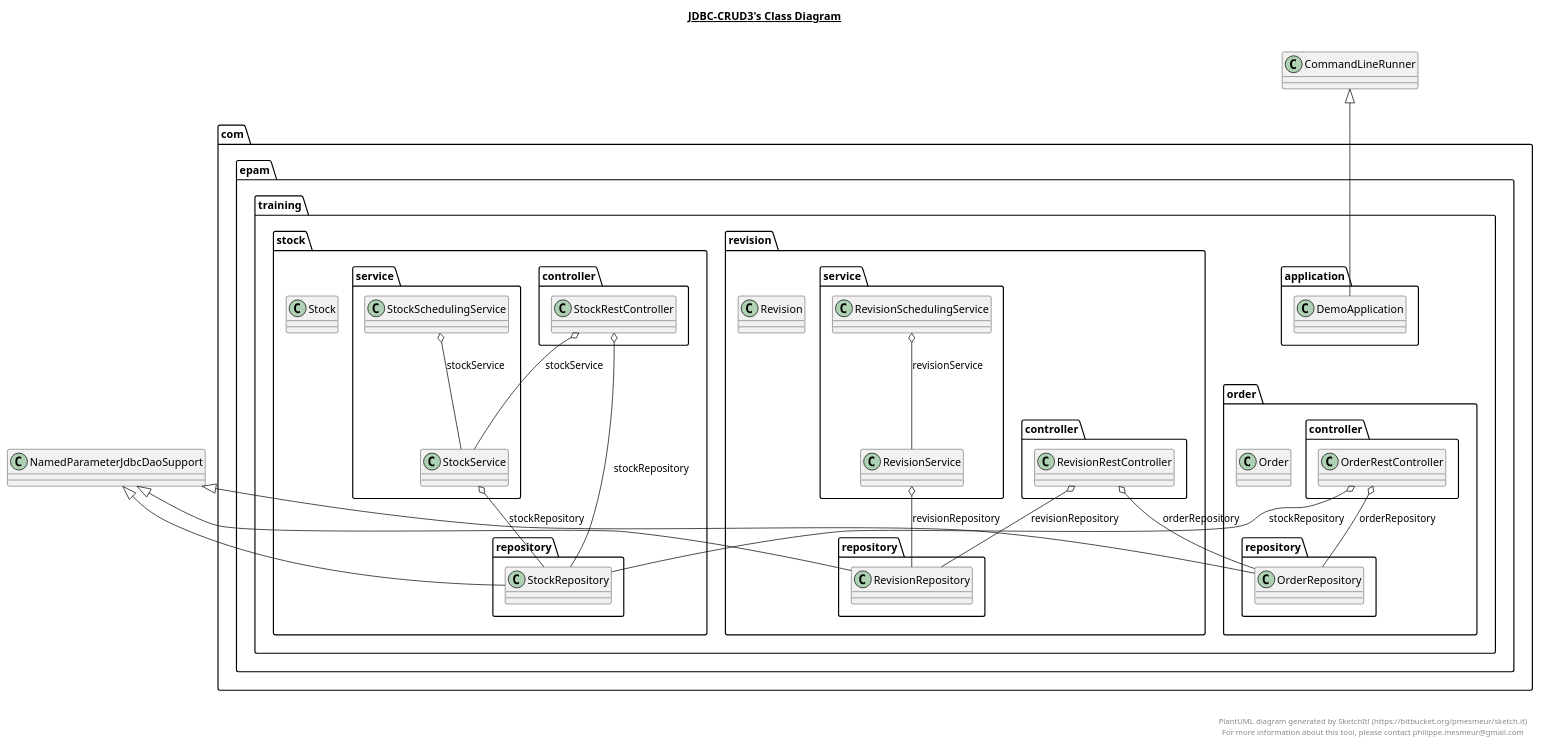
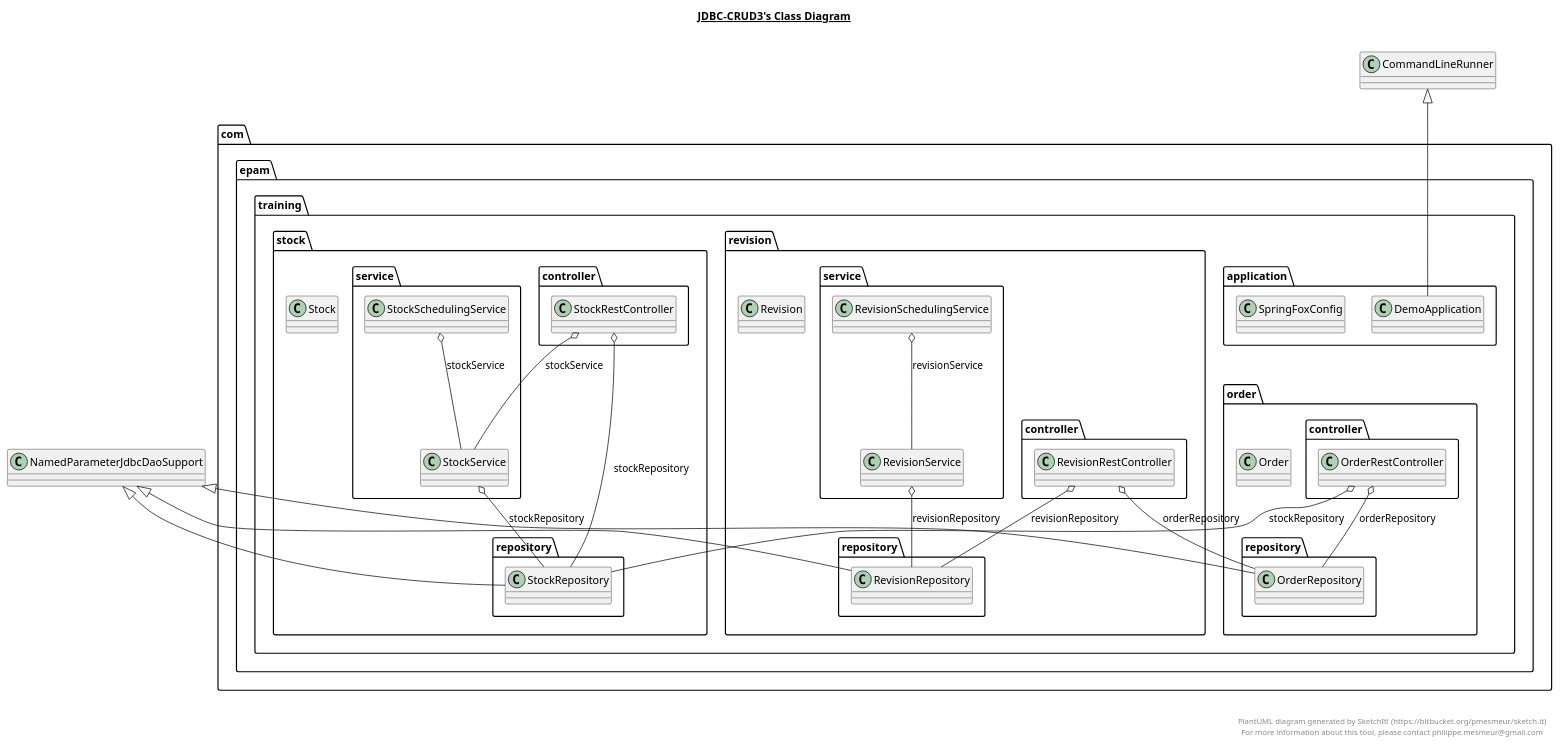
The diagram in jdbc-crud3.plantuml (nik-nenkov/tutoring-rest-api-with-java), drawn with PlantUML before and after one commit. The commit also changed 23 other files, not shown here.

Commit message:
Just Added SpringFox for Proper REST API Documentation in Swagger Format

```diff
--- a/jdbc-crud3.plantuml
+++ b/jdbc-crud3.plantuml
@@ -1,132 +1,138 @@
 @startuml
 
 title __JDBC-CRUD3's Class Diagram__\n
 
   package com.epam.training.application {
     class DemoApplication {
     }
   }
   
 
   package com.epam.training.order {
     class Order {
     }
   }
   
 
   package com.epam.training.order {
     package com.epam.training.order.repository {
       class OrderRepository {
       }
     }
   }
   
 
   package com.epam.training.order {
     package com.epam.training.order.controller {
       class OrderRestController {
       }
     }
   }
   
 
   package com.epam.training.revision {
     class Revision {
     }
   }
   
 
   package com.epam.training.revision {
     package com.epam.training.revision.repository {
       class RevisionRepository {
       }
     }
   }
   
 
   package com.epam.training.revision {
     package com.epam.training.revision.controller {
       class RevisionRestController {
       }
     }
   }
   
 
   package com.epam.training.revision {
     package com.epam.training.revision.service {
       class RevisionSchedulingService {
       }
     }
   }
   
 
   package com.epam.training.revision {
     package com.epam.training.revision.service {
       class RevisionService {
       }
     }
   }
   
 
+  package com.epam.training.application {
+    class SpringFoxConfig {
+    }
+  }
+  
+
   package com.epam.training.stock {
     class Stock {
     }
   }
   
 
   package com.epam.training.stock {
     package com.epam.training.stock.repository {
       class StockRepository {
       }
     }
   }
   
 
   package com.epam.training.stock {
     package com.epam.training.stock.controller {
       class StockRestController {
       }
     }
   }
   
 
   package com.epam.training.stock {
     package com.epam.training.stock.service {
       class StockSchedulingService {
       }
     }
   }
   
 
   package com.epam.training.stock {
     package com.epam.training.stock.service {
       class StockService {
       }
     }
   }
   
 
   DemoApplication -up-|> CommandLineRunner
   OrderRepository -up-|> NamedParameterJdbcDaoSupport
   OrderRestController o-- OrderRepository : orderRepository
   OrderRestController o-- StockRepository : stockRepository
   RevisionRepository -up-|> NamedParameterJdbcDaoSupport
   RevisionRestController o-- OrderRepository : orderRepository
   RevisionRestController o-- RevisionRepository : revisionRepository
   RevisionSchedulingService o-- RevisionService : revisionService
   RevisionService o-- RevisionRepository : revisionRepository
   StockRepository -up-|> NamedParameterJdbcDaoSupport
   StockRestController o-- StockRepository : stockRepository
   StockRestController o-- StockService : stockService
   StockSchedulingService o-- StockService : stockService
   StockService o-- StockRepository : stockRepository
 
 
 right footer
 
 
 PlantUML diagram generated by SketchIt! (https://bitbucket.org/pmesmeur/sketch.it)
 For more information about this tool, please contact philippe.mesmeur@gmail.com
 endfooter
 
 @enduml
```
